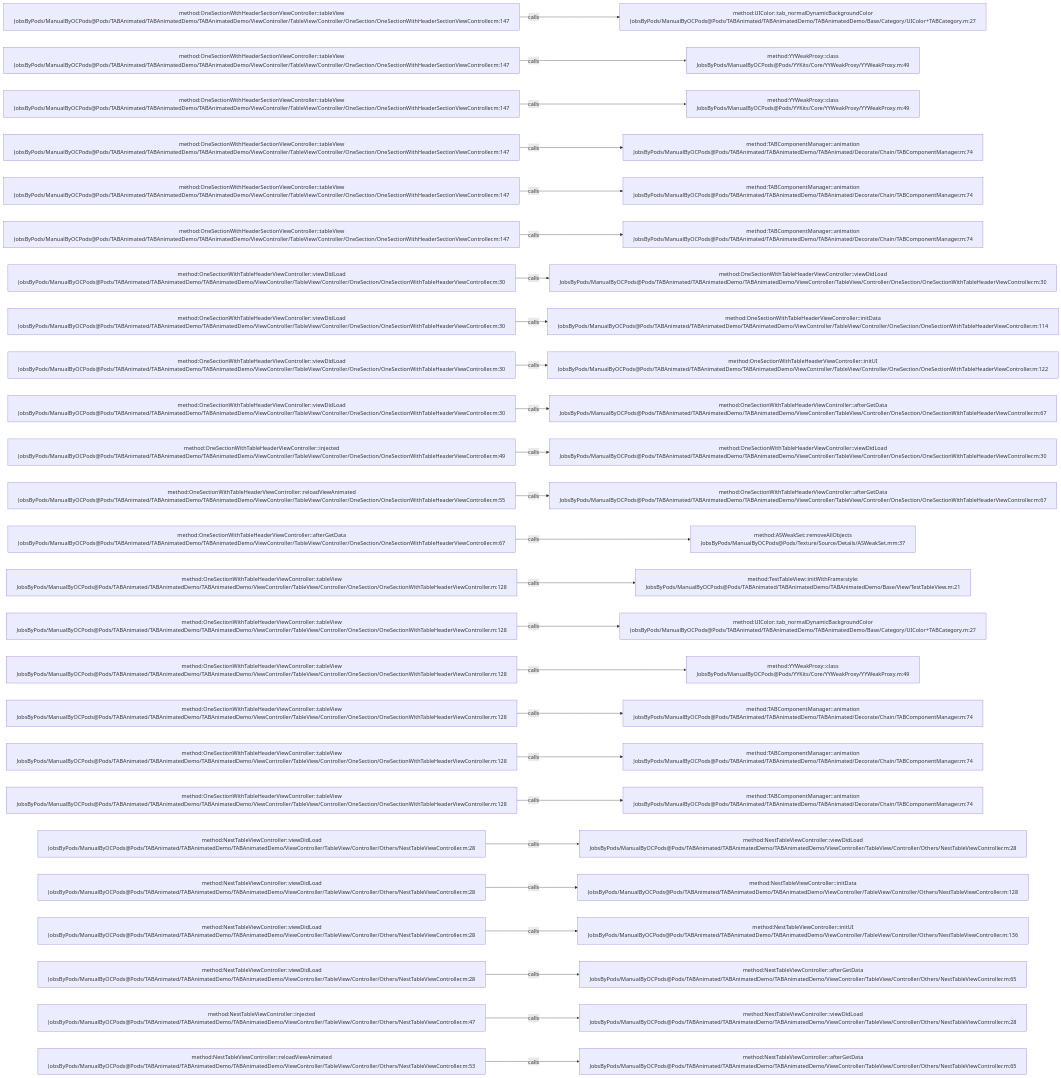
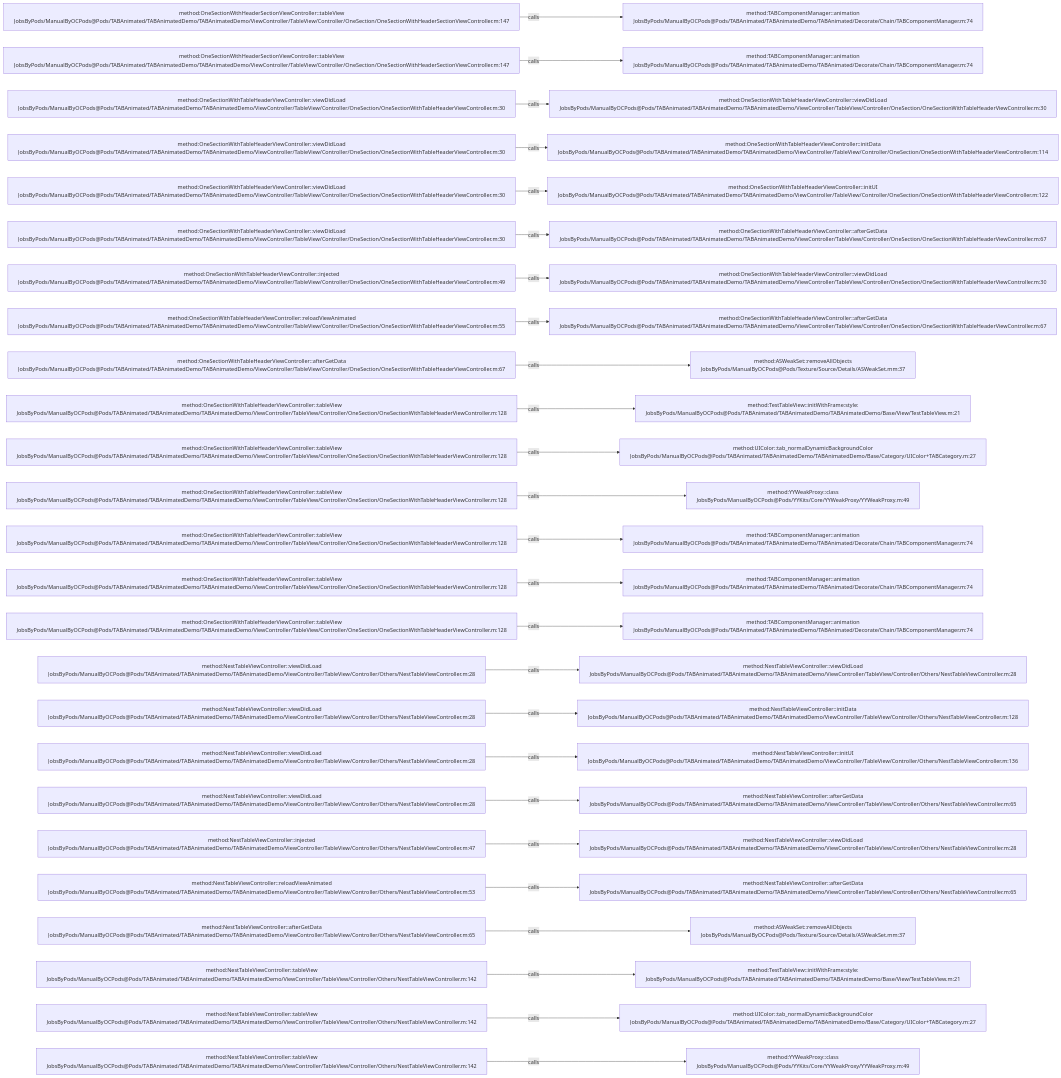
The diagram in .codegraph/codegraph.md/graphs/calls-055.md (JobsKits/JobsOCBaseConfigDemo), drawn with Mermaid before and after one commit. The commit also changed 727 other files, not shown here.

````diff
--- a/.codegraph/codegraph.md/graphs/calls-055.md
+++ b/.codegraph/codegraph.md/graphs/calls-055.md
@@ -13,78 +13,78 @@
 ```mermaid
 flowchart LR
   S1["method:OneSectionWithHeaderSectionViewController::tableView<br/>JobsByPods/ManualByOCPods@Pods/TABAnimated/TABAnimatedDemo/TABAnimatedDemo/ViewController/TableView/Controller/OneSection/OneSectionWithHeaderSectionViewController.m:147"]
-  T1["method:UIColor::tab_normalDynamicBackgroundColor<br/>JobsByPods/ManualByOCPods@Pods/TABAnimated/TABAnimatedDemo/TABAnimatedDemo/Base/Category/UIColor+TABCategory.m:27"]
+  T1["method:TABComponentManager::animation<br/>JobsByPods/ManualByOCPods@Pods/TABAnimated/TABAnimatedDemo/TABAnimated/Decorate/Chain/TABComponentManager.m:74"]
   S1 -->|calls| T1
   S2["method:OneSectionWithHeaderSectionViewController::tableView<br/>JobsByPods/ManualByOCPods@Pods/TABAnimated/TABAnimatedDemo/TABAnimatedDemo/ViewController/TableView/Controller/OneSection/OneSectionWithHeaderSectionViewController.m:147"]
-  T2["method:YYWeakProxy::class<br/>JobsByPods/ManualByOCPods@Pods/YYKits/Core/YYWeakProxy/YYWeakProxy.m:49"]
+  T2["method:TABComponentManager::animation<br/>JobsByPods/ManualByOCPods@Pods/TABAnimated/TABAnimatedDemo/TABAnimated/Decorate/Chain/TABComponentManager.m:74"]
   S2 -->|calls| T2
-  S3["method:OneSectionWithHeaderSectionViewController::tableView<br/>JobsByPods/ManualByOCPods@Pods/TABAnimated/TABAnimatedDemo/TABAnimatedDemo/ViewController/TableView/Controller/OneSection/OneSectionWithHeaderSectionViewController.m:147"]
-  T3["method:YYWeakProxy::class<br/>JobsByPods/ManualByOCPods@Pods/YYKits/Core/YYWeakProxy/YYWeakProxy.m:49"]
+  S3["method:OneSectionWithTableHeaderViewController::viewDidLoad<br/>JobsByPods/ManualByOCPods@Pods/TABAnimated/TABAnimatedDemo/TABAnimatedDemo/ViewController/TableView/Controller/OneSection/OneSectionWithTableHeaderViewController.m:30"]
+  T3["method:OneSectionWithTableHeaderViewController::viewDidLoad<br/>JobsByPods/ManualByOCPods@Pods/TABAnimated/TABAnimatedDemo/TABAnimatedDemo/ViewController/TableView/Controller/OneSection/OneSectionWithTableHeaderViewController.m:30"]
   S3 -->|calls| T3
-  S4["method:OneSectionWithHeaderSectionViewController::tableView<br/>JobsByPods/ManualByOCPods@Pods/TABAnimated/TABAnimatedDemo/TABAnimatedDemo/ViewController/TableView/Controller/OneSection/OneSectionWithHeaderSectionViewController.m:147"]
-  T4["method:TABComponentManager::animation<br/>JobsByPods/ManualByOCPods@Pods/TABAnimated/TABAnimatedDemo/TABAnimated/Decorate/Chain/TABComponentManager.m:74"]
+  S4["method:OneSectionWithTableHeaderViewController::viewDidLoad<br/>JobsByPods/ManualByOCPods@Pods/TABAnimated/TABAnimatedDemo/TABAnimatedDemo/ViewController/TableView/Controller/OneSection/OneSectionWithTableHeaderViewController.m:30"]
+  T4["method:OneSectionWithTableHeaderViewController::initData<br/>JobsByPods/ManualByOCPods@Pods/TABAnimated/TABAnimatedDemo/TABAnimatedDemo/ViewController/TableView/Controller/OneSection/OneSectionWithTableHeaderViewController.m:114"]
   S4 -->|calls| T4
-  S5["method:OneSectionWithHeaderSectionViewController::tableView<br/>JobsByPods/ManualByOCPods@Pods/TABAnimated/TABAnimatedDemo/TABAnimatedDemo/ViewController/TableView/Controller/OneSection/OneSectionWithHeaderSectionViewController.m:147"]
-  T5["method:TABComponentManager::animation<br/>JobsByPods/ManualByOCPods@Pods/TABAnimated/TABAnimatedDemo/TABAnimated/Decorate/Chain/TABComponentManager.m:74"]
+  S5["method:OneSectionWithTableHeaderViewController::viewDidLoad<br/>JobsByPods/ManualByOCPods@Pods/TABAnimated/TABAnimatedDemo/TABAnimatedDemo/ViewController/TableView/Controller/OneSection/OneSectionWithTableHeaderViewController.m:30"]
+  T5["method:OneSectionWithTableHeaderViewController::initUI<br/>JobsByPods/ManualByOCPods@Pods/TABAnimated/TABAnimatedDemo/TABAnimatedDemo/ViewController/TableView/Controller/OneSection/OneSectionWithTableHeaderViewController.m:122"]
   S5 -->|calls| T5
-  S6["method:OneSectionWithHeaderSectionViewController::tableView<br/>JobsByPods/ManualByOCPods@Pods/TABAnimated/TABAnimatedDemo/TABAnimatedDemo/ViewController/TableView/Controller/OneSection/OneSectionWithHeaderSectionViewController.m:147"]
-  T6["method:TABComponentManager::animation<br/>JobsByPods/ManualByOCPods@Pods/TABAnimated/TABAnimatedDemo/TABAnimated/Decorate/Chain/TABComponentManager.m:74"]
+  S6["method:OneSectionWithTableHeaderViewController::viewDidLoad<br/>JobsByPods/ManualByOCPods@Pods/TABAnimated/TABAnimatedDemo/TABAnimatedDemo/ViewController/TableView/Controller/OneSection/OneSectionWithTableHeaderViewController.m:30"]
+  T6["method:OneSectionWithTableHeaderViewController::afterGetData<br/>JobsByPods/ManualByOCPods@Pods/TABAnimated/TABAnimatedDemo/TABAnimatedDemo/ViewController/TableView/Controller/OneSection/OneSectionWithTableHeaderViewController.m:67"]
   S6 -->|calls| T6
-  S7["method:OneSectionWithTableHeaderViewController::viewDidLoad<br/>JobsByPods/ManualByOCPods@Pods/TABAnimated/TABAnimatedDemo/TABAnimatedDemo/ViewController/TableView/Controller/OneSection/OneSectionWithTableHeaderViewController.m:30"]
+  S7["method:OneSectionWithTableHeaderViewController::injected<br/>JobsByPods/ManualByOCPods@Pods/TABAnimated/TABAnimatedDemo/TABAnimatedDemo/ViewController/TableView/Controller/OneSection/OneSectionWithTableHeaderViewController.m:49"]
   T7["method:OneSectionWithTableHeaderViewController::viewDidLoad<br/>JobsByPods/ManualByOCPods@Pods/TABAnimated/TABAnimatedDemo/TABAnimatedDemo/ViewController/TableView/Controller/OneSection/OneSectionWithTableHeaderViewController.m:30"]
   S7 -->|calls| T7
-  S8["method:OneSectionWithTableHeaderViewController::viewDidLoad<br/>JobsByPods/ManualByOCPods@Pods/TABAnimated/TABAnimatedDemo/TABAnimatedDemo/ViewController/TableView/Controller/OneSection/OneSectionWithTableHeaderViewController.m:30"]
-  T8["method:OneSectionWithTableHeaderViewController::initData<br/>JobsByPods/ManualByOCPods@Pods/TABAnimated/TABAnimatedDemo/TABAnimatedDemo/ViewController/TableView/Controller/OneSection/OneSectionWithTableHeaderViewController.m:114"]
+  S8["method:OneSectionWithTableHeaderViewController::reloadViewAnimated<br/>JobsByPods/ManualByOCPods@Pods/TABAnimated/TABAnimatedDemo/TABAnimatedDemo/ViewController/TableView/Controller/OneSection/OneSectionWithTableHeaderViewController.m:55"]
+  T8["method:OneSectionWithTableHeaderViewController::afterGetData<br/>JobsByPods/ManualByOCPods@Pods/TABAnimated/TABAnimatedDemo/TABAnimatedDemo/ViewController/TableView/Controller/OneSection/OneSectionWithTableHeaderViewController.m:67"]
   S8 -->|calls| T8
-  S9["method:OneSectionWithTableHeaderViewController::viewDidLoad<br/>JobsByPods/ManualByOCPods@Pods/TABAnimated/TABAnimatedDemo/TABAnimatedDemo/ViewController/TableView/Controller/OneSection/OneSectionWithTableHeaderViewController.m:30"]
-  T9["method:OneSectionWithTableHeaderViewController::initUI<br/>JobsByPods/ManualByOCPods@Pods/TABAnimated/TABAnimatedDemo/TABAnimatedDemo/ViewController/TableView/Controller/OneSection/OneSectionWithTableHeaderViewController.m:122"]
+  S9["method:OneSectionWithTableHeaderViewController::afterGetData<br/>JobsByPods/ManualByOCPods@Pods/TABAnimated/TABAnimatedDemo/TABAnimatedDemo/ViewController/TableView/Controller/OneSection/OneSectionWithTableHeaderViewController.m:67"]
+  T9["method:ASWeakSet::removeAllObjects<br/>JobsByPods/ManualByOCPods@Pods/Texture/Source/Details/ASWeakSet.mm:37"]
   S9 -->|calls| T9
-  S10["method:OneSectionWithTableHeaderViewController::viewDidLoad<br/>JobsByPods/ManualByOCPods@Pods/TABAnimated/TABAnimatedDemo/TABAnimatedDemo/ViewController/TableView/Controller/OneSection/OneSectionWithTableHeaderViewController.m:30"]
-  T10["method:OneSectionWithTableHeaderViewController::afterGetData<br/>JobsByPods/ManualByOCPods@Pods/TABAnimated/TABAnimatedDemo/TABAnimatedDemo/ViewController/TableView/Controller/OneSection/OneSectionWithTableHeaderViewController.m:67"]
+  S10["method:OneSectionWithTableHeaderViewController::tableView<br/>JobsByPods/ManualByOCPods@Pods/TABAnimated/TABAnimatedDemo/TABAnimatedDemo/ViewController/TableView/Controller/OneSection/OneSectionWithTableHeaderViewController.m:128"]
+  T10["method:TestTableView::initWithFrame:style:<br/>JobsByPods/ManualByOCPods@Pods/TABAnimated/TABAnimatedDemo/TABAnimatedDemo/Base/View/TestTableView.m:21"]
   S10 -->|calls| T10
-  S11["method:OneSectionWithTableHeaderViewController::injected<br/>JobsByPods/ManualByOCPods@Pods/TABAnimated/TABAnimatedDemo/TABAnimatedDemo/ViewController/TableView/Controller/OneSection/OneSectionWithTableHeaderViewController.m:49"]
-  T11["method:OneSectionWithTableHeaderViewController::viewDidLoad<br/>JobsByPods/ManualByOCPods@Pods/TABAnimated/TABAnimatedDemo/TABAnimatedDemo/ViewController/TableView/Controller/OneSection/OneSectionWithTableHeaderViewController.m:30"]
+  S11["method:OneSectionWithTableHeaderViewController::tableView<br/>JobsByPods/ManualByOCPods@Pods/TABAnimated/TABAnimatedDemo/TABAnimatedDemo/ViewController/TableView/Controller/OneSection/OneSectionWithTableHeaderViewController.m:128"]
+  T11["method:UIColor::tab_normalDynamicBackgroundColor<br/>JobsByPods/ManualByOCPods@Pods/TABAnimated/TABAnimatedDemo/TABAnimatedDemo/Base/Category/UIColor+TABCategory.m:27"]
   S11 -->|calls| T11
-  S12["method:OneSectionWithTableHeaderViewController::reloadViewAnimated<br/>JobsByPods/ManualByOCPods@Pods/TABAnimated/TABAnimatedDemo/TABAnimatedDemo/ViewController/TableView/Controller/OneSection/OneSectionWithTableHeaderViewController.m:55"]
-  T12["method:OneSectionWithTableHeaderViewController::afterGetData<br/>JobsByPods/ManualByOCPods@Pods/TABAnimated/TABAnimatedDemo/TABAnimatedDemo/ViewController/TableView/Controller/OneSection/OneSectionWithTableHeaderViewController.m:67"]
+  S12["method:OneSectionWithTableHeaderViewController::tableView<br/>JobsByPods/ManualByOCPods@Pods/TABAnimated/TABAnimatedDemo/TABAnimatedDemo/ViewController/TableView/Controller/OneSection/OneSectionWithTableHeaderViewController.m:128"]
+  T12["method:YYWeakProxy::class<br/>JobsByPods/ManualByOCPods@Pods/YYKits/Core/YYWeakProxy/YYWeakProxy.m:49"]
   S12 -->|calls| T12
-  S13["method:OneSectionWithTableHeaderViewController::afterGetData<br/>JobsByPods/ManualByOCPods@Pods/TABAnimated/TABAnimatedDemo/TABAnimatedDemo/ViewController/TableView/Controller/OneSection/OneSectionWithTableHeaderViewController.m:67"]
-  T13["method:ASWeakSet::removeAllObjects<br/>JobsByPods/ManualByOCPods@Pods/Texture/Source/Details/ASWeakSet.mm:37"]
+  S13["method:OneSectionWithTableHeaderViewController::tableView<br/>JobsByPods/ManualByOCPods@Pods/TABAnimated/TABAnimatedDemo/TABAnimatedDemo/ViewController/TableView/Controller/OneSection/OneSectionWithTableHeaderViewController.m:128"]
+  T13["method:TABComponentManager::animation<br/>JobsByPods/ManualByOCPods@Pods/TABAnimated/TABAnimatedDemo/TABAnimated/Decorate/Chain/TABComponentManager.m:74"]
   S13 -->|calls| T13
   S14["method:OneSectionWithTableHeaderViewController::tableView<br/>JobsByPods/ManualByOCPods@Pods/TABAnimated/TABAnimatedDemo/TABAnimatedDemo/ViewController/TableView/Controller/OneSection/OneSectionWithTableHeaderViewController.m:128"]
-  T14["method:TestTableView::initWithFrame:style:<br/>JobsByPods/ManualByOCPods@Pods/TABAnimated/TABAnimatedDemo/TABAnimatedDemo/Base/View/TestTableView.m:21"]
+  T14["method:TABComponentManager::animation<br/>JobsByPods/ManualByOCPods@Pods/TABAnimated/TABAnimatedDemo/TABAnimated/Decorate/Chain/TABComponentManager.m:74"]
   S14 -->|calls| T14
   S15["method:OneSectionWithTableHeaderViewController::tableView<br/>JobsByPods/ManualByOCPods@Pods/TABAnimated/TABAnimatedDemo/TABAnimatedDemo/ViewController/TableView/Controller/OneSection/OneSectionWithTableHeaderViewController.m:128"]
-  T15["method:UIColor::tab_normalDynamicBackgroundColor<br/>JobsByPods/ManualByOCPods@Pods/TABAnimated/TABAnimatedDemo/TABAnimatedDemo/Base/Category/UIColor+TABCategory.m:27"]
+  T15["method:TABComponentManager::animation<br/>JobsByPods/ManualByOCPods@Pods/TABAnimated/TABAnimatedDemo/TABAnimated/Decorate/Chain/TABComponentManager.m:74"]
   S15 -->|calls| T15
-  S16["method:OneSectionWithTableHeaderViewController::tableView<br/>JobsByPods/ManualByOCPods@Pods/TABAnimated/TABAnimatedDemo/TABAnimatedDemo/ViewController/TableView/Controller/OneSection/OneSectionWithTableHeaderViewController.m:128"]
-  T16["method:YYWeakProxy::class<br/>JobsByPods/ManualByOCPods@Pods/YYKits/Core/YYWeakProxy/YYWeakProxy.m:49"]
+  S16["method:NestTableViewController::viewDidLoad<br/>JobsByPods/ManualByOCPods@Pods/TABAnimated/TABAnimatedDemo/TABAnimatedDemo/ViewController/TableView/Controller/Others/NestTableViewController.m:28"]
+  T16["method:NestTableViewController::viewDidLoad<br/>JobsByPods/ManualByOCPods@Pods/TABAnimated/TABAnimatedDemo/TABAnimatedDemo/ViewController/TableView/Controller/Others/NestTableViewController.m:28"]
   S16 -->|calls| T16
-  S17["method:OneSectionWithTableHeaderViewController::tableView<br/>JobsByPods/ManualByOCPods@Pods/TABAnimated/TABAnimatedDemo/TABAnimatedDemo/ViewController/TableView/Controller/OneSection/OneSectionWithTableHeaderViewController.m:128"]
-  T17["method:TABComponentManager::animation<br/>JobsByPods/ManualByOCPods@Pods/TABAnimated/TABAnimatedDemo/TABAnimated/Decorate/Chain/TABComponentManager.m:74"]
+  S17["method:NestTableViewController::viewDidLoad<br/>JobsByPods/ManualByOCPods@Pods/TABAnimated/TABAnimatedDemo/TABAnimatedDemo/ViewController/TableView/Controller/Others/NestTableViewController.m:28"]
+  T17["method:NestTableViewController::initData<br/>JobsByPods/ManualByOCPods@Pods/TABAnimated/TABAnimatedDemo/TABAnimatedDemo/ViewController/TableView/Controller/Others/NestTableViewController.m:128"]
   S17 -->|calls| T17
-  S18["method:OneSectionWithTableHeaderViewController::tableView<br/>JobsByPods/ManualByOCPods@Pods/TABAnimated/TABAnimatedDemo/TABAnimatedDemo/ViewController/TableView/Controller/OneSection/OneSectionWithTableHeaderViewController.m:128"]
-  T18["method:TABComponentManager::animation<br/>JobsByPods/ManualByOCPods@Pods/TABAnimated/TABAnimatedDemo/TABAnimated/Decorate/Chain/TABComponentManager.m:74"]
+  S18["method:NestTableViewController::viewDidLoad<br/>JobsByPods/ManualByOCPods@Pods/TABAnimated/TABAnimatedDemo/TABAnimatedDemo/ViewController/TableView/Controller/Others/NestTableViewController.m:28"]
+  T18["method:NestTableViewController::initUI<br/>JobsByPods/ManualByOCPods@Pods/TABAnimated/TABAnimatedDemo/TABAnimatedDemo/ViewController/TableView/Controller/Others/NestTableViewController.m:136"]
   S18 -->|calls| T18
-  S19["method:OneSectionWithTableHeaderViewController::tableView<br/>JobsByPods/ManualByOCPods@Pods/TABAnimated/TABAnimatedDemo/TABAnimatedDemo/ViewController/TableView/Controller/OneSection/OneSectionWithTableHeaderViewController.m:128"]
-  T19["method:TABComponentManager::animation<br/>JobsByPods/ManualByOCPods@Pods/TABAnimated/TABAnimatedDemo/TABAnimated/Decorate/Chain/TABComponentManager.m:74"]
+  S19["method:NestTableViewController::viewDidLoad<br/>JobsByPods/ManualByOCPods@Pods/TABAnimated/TABAnimatedDemo/TABAnimatedDemo/ViewController/TableView/Controller/Others/NestTableViewController.m:28"]
+  T19["method:NestTableViewController::afterGetData<br/>JobsByPods/ManualByOCPods@Pods/TABAnimated/TABAnimatedDemo/TABAnimatedDemo/ViewController/TableView/Controller/Others/NestTableViewController.m:65"]
   S19 -->|calls| T19
-  S20["method:NestTableViewController::viewDidLoad<br/>JobsByPods/ManualByOCPods@Pods/TABAnimated/TABAnimatedDemo/TABAnimatedDemo/ViewController/TableView/Controller/Others/NestTableViewController.m:28"]
+  S20["method:NestTableViewController::injected<br/>JobsByPods/ManualByOCPods@Pods/TABAnimated/TABAnimatedDemo/TABAnimatedDemo/ViewController/TableView/Controller/Others/NestTableViewController.m:47"]
   T20["method:NestTableViewController::viewDidLoad<br/>JobsByPods/ManualByOCPods@Pods/TABAnimated/TABAnimatedDemo/TABAnimatedDemo/ViewController/TableView/Controller/Others/NestTableViewController.m:28"]
   S20 -->|calls| T20
-  S21["method:NestTableViewController::viewDidLoad<br/>JobsByPods/ManualByOCPods@Pods/TABAnimated/TABAnimatedDemo/TABAnimatedDemo/ViewController/TableView/Controller/Others/NestTableViewController.m:28"]
-  T21["method:NestTableViewController::initData<br/>JobsByPods/ManualByOCPods@Pods/TABAnimated/TABAnimatedDemo/TABAnimatedDemo/ViewController/TableView/Controller/Others/NestTableViewController.m:128"]
+  S21["method:NestTableViewController::reloadViewAnimated<br/>JobsByPods/ManualByOCPods@Pods/TABAnimated/TABAnimatedDemo/TABAnimatedDemo/ViewController/TableView/Controller/Others/NestTableViewController.m:53"]
+  T21["method:NestTableViewController::afterGetData<br/>JobsByPods/ManualByOCPods@Pods/TABAnimated/TABAnimatedDemo/TABAnimatedDemo/ViewController/TableView/Controller/Others/NestTableViewController.m:65"]
   S21 -->|calls| T21
-  S22["method:NestTableViewController::viewDidLoad<br/>JobsByPods/ManualByOCPods@Pods/TABAnimated/TABAnimatedDemo/TABAnimatedDemo/ViewController/TableView/Controller/Others/NestTableViewController.m:28"]
-  T22["method:NestTableViewController::initUI<br/>JobsByPods/ManualByOCPods@Pods/TABAnimated/TABAnimatedDemo/TABAnimatedDemo/ViewController/TableView/Controller/Others/NestTableViewController.m:136"]
+  S22["method:NestTableViewController::afterGetData<br/>JobsByPods/ManualByOCPods@Pods/TABAnimated/TABAnimatedDemo/TABAnimatedDemo/ViewController/TableView/Controller/Others/NestTableViewController.m:65"]
+  T22["method:ASWeakSet::removeAllObjects<br/>JobsByPods/ManualByOCPods@Pods/Texture/Source/Details/ASWeakSet.mm:37"]
   S22 -->|calls| T22
-  S23["method:NestTableViewController::viewDidLoad<br/>JobsByPods/ManualByOCPods@Pods/TABAnimated/TABAnimatedDemo/TABAnimatedDemo/ViewController/TableView/Controller/Others/NestTableViewController.m:28"]
-  T23["method:NestTableViewController::afterGetData<br/>JobsByPods/ManualByOCPods@Pods/TABAnimated/TABAnimatedDemo/TABAnimatedDemo/ViewController/TableView/Controller/Others/NestTableViewController.m:65"]
+  S23["method:NestTableViewController::tableView<br/>JobsByPods/ManualByOCPods@Pods/TABAnimated/TABAnimatedDemo/TABAnimatedDemo/ViewController/TableView/Controller/Others/NestTableViewController.m:142"]
+  T23["method:TestTableView::initWithFrame:style:<br/>JobsByPods/ManualByOCPods@Pods/TABAnimated/TABAnimatedDemo/TABAnimatedDemo/Base/View/TestTableView.m:21"]
   S23 -->|calls| T23
-  S24["method:NestTableViewController::injected<br/>JobsByPods/ManualByOCPods@Pods/TABAnimated/TABAnimatedDemo/TABAnimatedDemo/ViewController/TableView/Controller/Others/NestTableViewController.m:47"]
-  T24["method:NestTableViewController::viewDidLoad<br/>JobsByPods/ManualByOCPods@Pods/TABAnimated/TABAnimatedDemo/TABAnimatedDemo/ViewController/TableView/Controller/Others/NestTableViewController.m:28"]
+  S24["method:NestTableViewController::tableView<br/>JobsByPods/ManualByOCPods@Pods/TABAnimated/TABAnimatedDemo/TABAnimatedDemo/ViewController/TableView/Controller/Others/NestTableViewController.m:142"]
+  T24["method:UIColor::tab_normalDynamicBackgroundColor<br/>JobsByPods/ManualByOCPods@Pods/TABAnimated/TABAnimatedDemo/TABAnimatedDemo/Base/Category/UIColor+TABCategory.m:27"]
   S24 -->|calls| T24
-  S25["method:NestTableViewController::reloadViewAnimated<br/>JobsByPods/ManualByOCPods@Pods/TABAnimated/TABAnimatedDemo/TABAnimatedDemo/ViewController/TableView/Controller/Others/NestTableViewController.m:53"]
-  T25["method:NestTableViewController::afterGetData<br/>JobsByPods/ManualByOCPods@Pods/TABAnimated/TABAnimatedDemo/TABAnimatedDemo/ViewController/TableView/Controller/Others/NestTableViewController.m:65"]
+  S25["method:NestTableViewController::tableView<br/>JobsByPods/ManualByOCPods@Pods/TABAnimated/TABAnimatedDemo/TABAnimatedDemo/ViewController/TableView/Controller/Others/NestTableViewController.m:142"]
+  T25["method:YYWeakProxy::class<br/>JobsByPods/ManualByOCPods@Pods/YYKits/Core/YYWeakProxy/YYWeakProxy.m:49"]
   S25 -->|calls| T25
 ```
````
